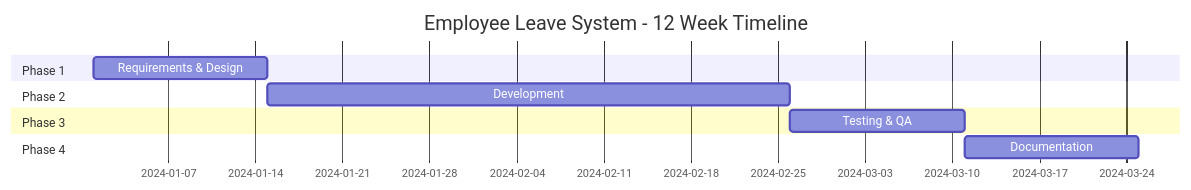
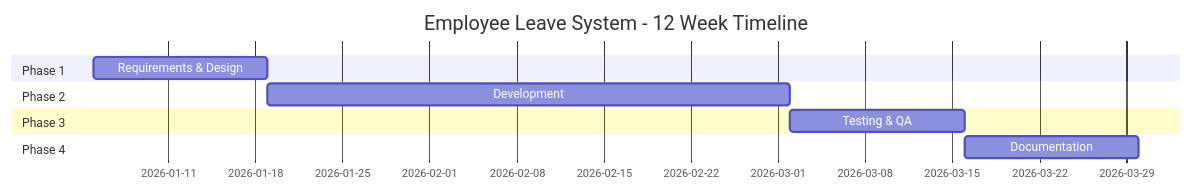
The diagram in SAP-Guides/Capstone/Employee-Leave-System/README.md (iouthnamain/tech-note), drawn with Mermaid before and after one commit. The commit also changed other lines of this file and 96 other files, not shown here.

````diff
--- a/SAP-Guides/Capstone/Employee-Leave-System/README.md
+++ b/SAP-Guides/Capstone/Employee-Leave-System/README.md
@@ -32,13 +32,13 @@
 ```mermaid
 gantt
     title Employee Leave System - 12 Week Timeline
     dateFormat YYYY-MM-DD
     section Phase 1
-    Requirements & Design    :a1, 2024-01-01, 14d
+    Requirements & Design    :a1, 2026-01-05, 14d
     section Phase 2
     Development              :a2, after a1, 42d
     section Phase 3
     Testing & QA             :a3, after a2, 14d
     section Phase 4
     Documentation            :a4, after a3, 14d
 ```
````
